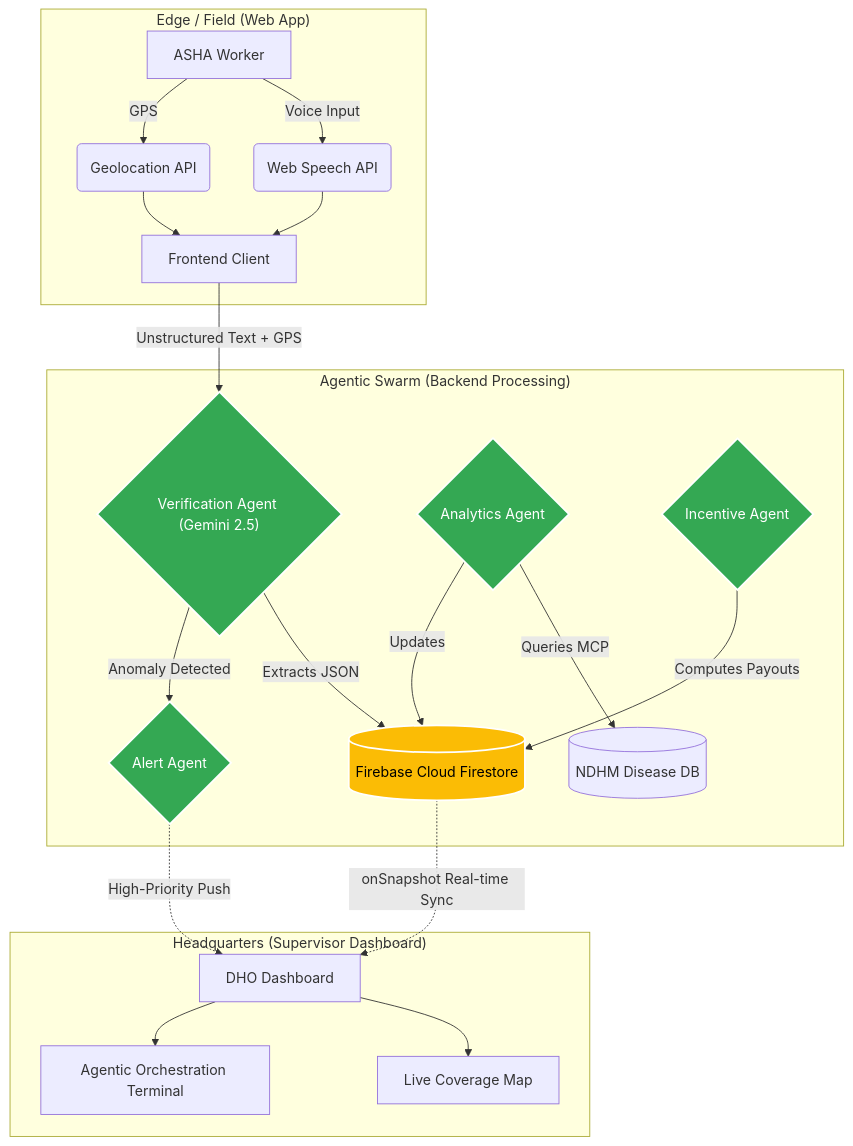
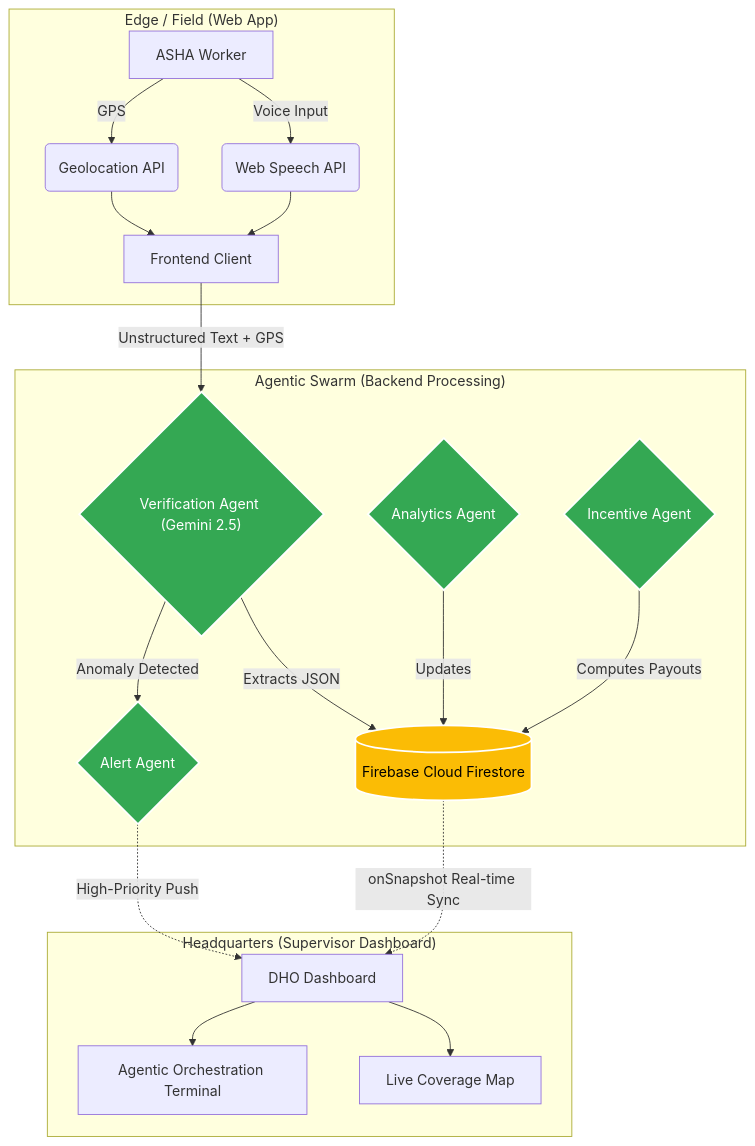
Before and after one commit to Dineshkumar2006471/Intelli-Asha: the first of 2 diagrams in README.md, drawn with Mermaid. The commit also changed other lines of this file and 36 other files, not shown here.

````diff
--- a/README.md
+++ b/README.md
@@ -71,32 +70,31 @@
 ```mermaid
 graph TD
     subgraph Edge ["Edge / Field (Web App)"]
         A[ASHA Worker] -->|Voice Input| B(Web Speech API)
         B --> C[Frontend Client]
         A -->|GPS| D(Geolocation API)
         D --> C
     end
 
     subgraph Swarm ["Agentic Swarm (Backend Processing)"]
         C -->|Unstructured Text + GPS| E{"Verification Agent (Gemini 2.5)"}
         E -->|Extracts JSON| F[(Firebase Cloud Firestore)]
         E -->|Anomaly Detected| G{Alert Agent}
-        H{Analytics Agent} -->|Queries MCP| I[(NDHM Disease DB)]
-        H -->|Updates| F
+        H{Analytics Agent} -->|Updates| F
         I2{Incentive Agent} -->|Computes Payouts| F
     end
 
     subgraph HQ ["Headquarters (Supervisor Dashboard)"]
         F -.->|onSnapshot Real-time Sync| J[DHO Dashboard]
         G -.->|High-Priority Push| J
         J --> K[Live Coverage Map]
         J --> L[Agentic Orchestration Terminal]
     end
 
     classDef google fill:#4285F4,stroke:#fff,stroke-width:2px,color:#fff;
     classDef agent fill:#34A853,stroke:#fff,stroke-width:2px,color:#fff;
     classDef db fill:#FBBC05,stroke:#fff,stroke-width:2px,color:#000;
     
     class E,G,H,I2 agent;
     class F db;
 ```
````
